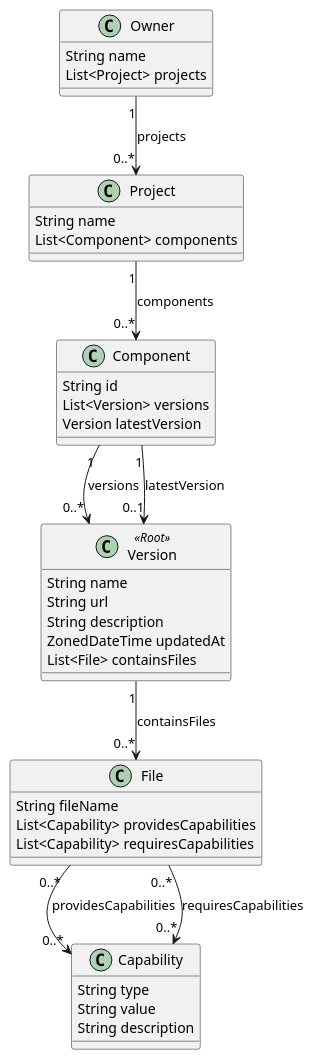
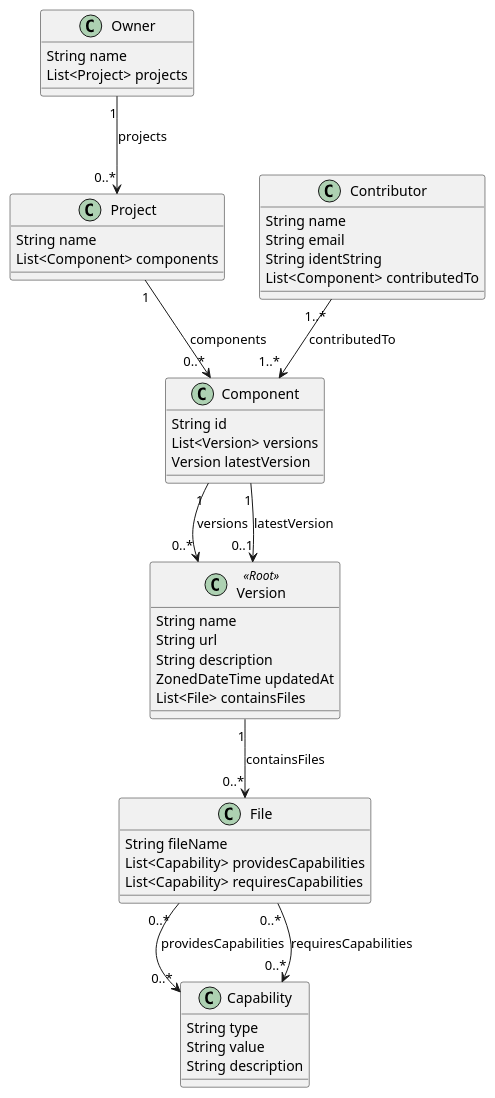
Before and after one commit to jqassistant-tooling/jqassistant-component-dashboard: the diagram in documentation/src/main/asciidoc/model.puml, drawn with PlantUML.

Commit message:
#51 added Contributor to model.puml

```diff
--- a/documentation/src/main/asciidoc/model.puml
+++ b/documentation/src/main/asciidoc/model.puml
@@ -1,48 +1,56 @@
 @startuml
 '!pragma layout smetana
 
 class Owner {
   String name
   List<Project> projects
 }
 
 class Project {
   String name
   List<Component> components
 }
 
 class Component {
   String id
   List<Version> versions
   Version latestVersion
+}
+
+class Contributor {
+  String name
+  String email
+  String identString
+  List<Component> contributedTo
 }
 
 class Version <<Root>> {
   String name
   String url
   String description
   ZonedDateTime updatedAt
   List<File> containsFiles
 }
 
 class File {
   String fileName
   List<Capability> providesCapabilities
   List<Capability> requiresCapabilities
 }
 
 class Capability {
   String type
   String value
   String description
 }
 
 Owner        "1" --> "0..*" Project : projects
 Project      "1" --> "0..*" Component : components
 Component    "1" --> "0..*" Version : versions
 Component    "1" --> "0..1" Version : latestVersion
 Version      "1" --> "0..*" File : containsFiles
 File      "0..*" --> "0..*" Capability : providesCapabilities
 File      "0..*" --> "0..*" Capability : requiresCapabilities
 
+Contributor  "1..*" --> "1..* " Component : contributedTo
 @enduml
```
